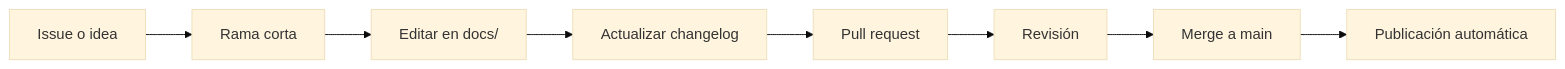
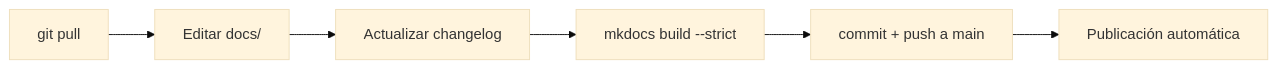
The diagram in docs/contribuir.md (andresga79/agile-cell-playbook), drawn with Mermaid (base theme) before and after one commit. The commit also changed other lines of this file and 9 other files, not shown here.

````diff
--- a/docs/contribuir.md
+++ b/docs/contribuir.md
@@ -13,10 +9,8 @@
 ```mermaid
 flowchart LR
-    I[Issue o idea] --> B[Rama corta]
-    B --> E[Editar en docs/]
+    P[git pull] --> E[Editar docs/]
     E --> C[Actualizar changelog]
-    C --> PR[Pull request]
-    PR --> R[Revisión]
-    R --> M[Merge a main]
-    M --> P[Publicación automática]
+    C --> V[mkdocs build --strict]
+    V --> G[commit + push a main]
+    G --> W[Publicación automática]
 ```
````
